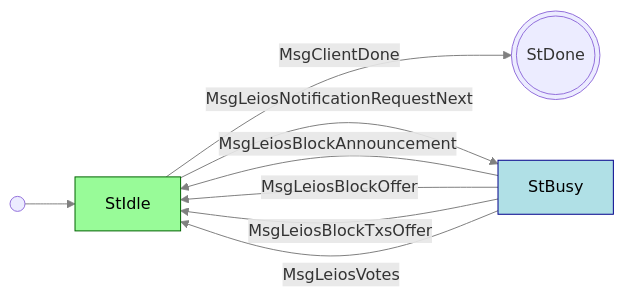
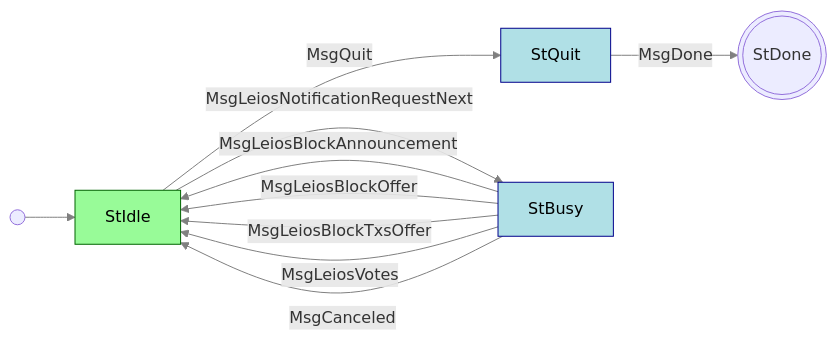
Before and after one commit to cardano-scaling/cardano-blueprint: the diagram in src/network/node-to-node/leios-notify/README.md, drawn with Mermaid. The commit also changed other lines of this file and 1 other file, not shown here.

First line of the commit message:
LeiosNotify: MsgQuit and MsgCanceled for graceful termination

````diff
--- a/src/network/node-to-node/leios-notify/README.md
+++ b/src/network/node-to-node/leios-notify/README.md
@@ -28,19 +28,22 @@
 ```mermaid
 graph LR
    classDef client color:black,fill:PaleGreen,stroke:DarkGreen;
    classDef server color:black,fill:PowderBlue,stroke:DarkBlue;
    linkStyle default stroke:gray
 
    StDone(((StDone)))
 
    i(( )) --> StIdle
-   StIdle --MsgClientDone--> StDone
+   StIdle --MsgQuit--> StQuit
+   StQuit --MsgDone--> StDone
    StIdle --MsgLeiosNotificationRequestNext--> StBusy
    StBusy --MsgLeiosBlockAnnouncement--> StIdle
    StBusy --MsgLeiosBlockOffer--> StIdle
    StBusy --MsgLeiosBlockTxsOffer--> StIdle
    StBusy --MsgLeiosVotes--> StIdle
+   StBusy --MsgCanceled--> StIdle
 
    class StIdle client
    class StBusy server
+   class StQuit server
 ```
````
